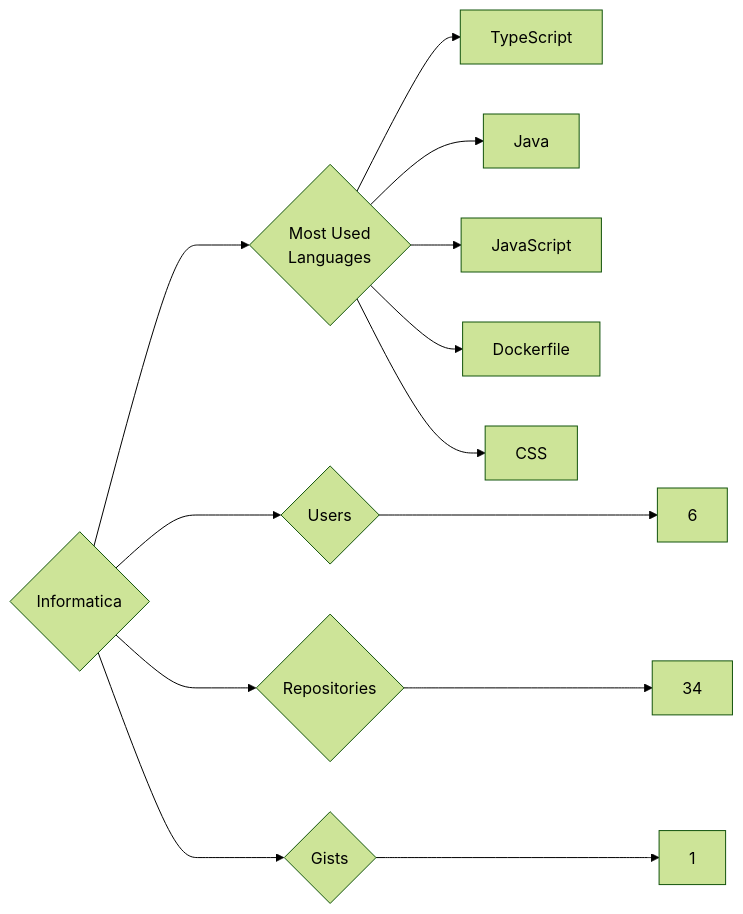
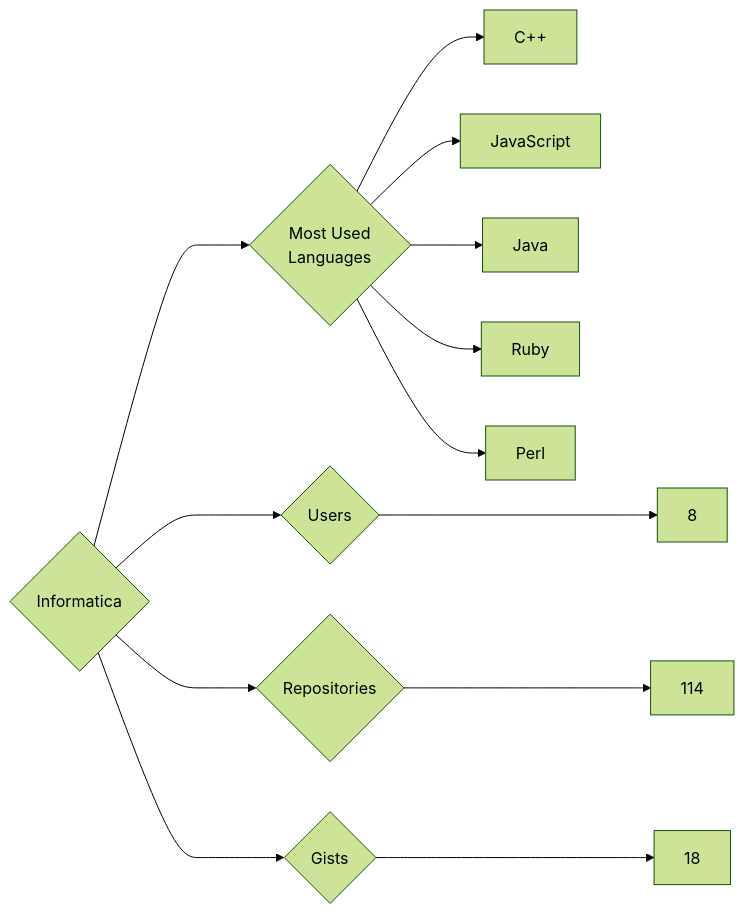
One commit to trickest/insiders changed the diagram in targets/Informatica/README.md. Above: the diagram before and after it, drawn with Mermaid (forest theme). The commit also changed 942 other files, not shown here.

````diff
--- a/targets/Informatica/README.md
+++ b/targets/Informatica/README.md
@@ -3,13 +3,13 @@
 ```mermaid
 graph LR
 COMPANY_NAME{Informatica}
-COMPANY_NAME ---> U{Users} ---> UN[6]
-COMPANY_NAME ---> R{Repositories} ---> RN[34]
-COMPANY_NAME ---> G{Gists} ---> GN[1]
+COMPANY_NAME ---> U{Users} ---> UN[8]
+COMPANY_NAME ---> R{Repositories} ---> RN[114]
+COMPANY_NAME ---> G{Gists} ---> GN[18]
 COMPANY_NAME ---> ML{Most Used<br>Languages}
-ML --> TypeScript[TypeScript]
+ML --> C++[C++]
+ML --> JavaScript[JavaScript]
 ML --> Java[Java]
-ML --> JavaScript[JavaScript]
-ML --> Dockerfile[Dockerfile]
-ML --> CSS[CSS]
+ML --> Ruby[Ruby]
+ML --> Perl[Perl]
 ```
````
